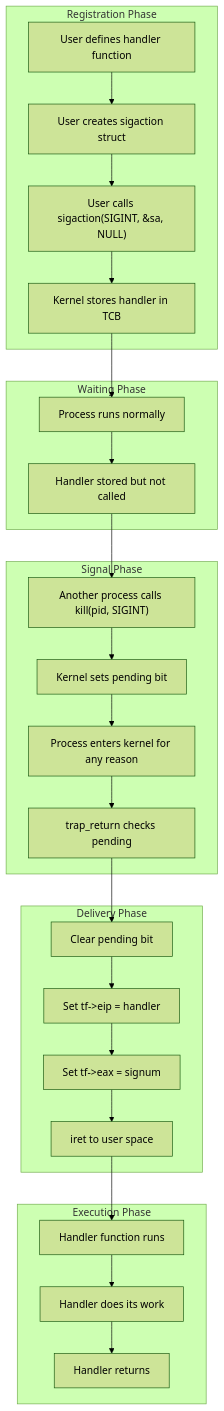
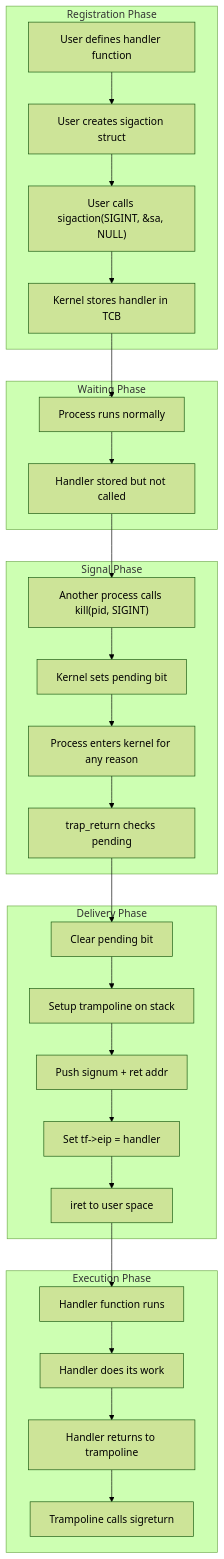
Before and after one commit to SillyCatto/OS_Project-Signal: the fifth of 5 diagrams in docs/04_signal_handlers.md, drawn with Mermaid (forest theme). The commit also changed other lines of this file and 9 other files, not shown here.

````diff
--- a/docs/04_signal_handlers.md
+++ b/docs/04_signal_handlers.md
@@ -509,40 +519,42 @@
 ```mermaid
 flowchart TB
     subgraph Setup["Registration Phase"]
         A1[User defines handler function]
         A2[User creates sigaction struct]
         A3["User calls sigaction(SIGINT, &sa, NULL)"]
         A4[Kernel stores handler in TCB]
     end
 
     subgraph Wait["Waiting Phase"]
         B1[Process runs normally]
         B2[Handler stored but not called]
     end
 
     subgraph Trigger["Signal Phase"]
         C1["Another process calls kill(pid, SIGINT)"]
         C2[Kernel sets pending bit]
         C3[Process enters kernel for any reason]
         C4[trap_return checks pending]
     end
 
     subgraph Deliver["Delivery Phase"]
         D1[Clear pending bit]
-        D2[Set tf->eip = handler]
-        D3[Set tf->eax = signum]
-        D4[iret to user space]
+        D2[Setup trampoline on stack]
+        D3[Push signum + ret addr]
+        D4[Set tf->eip = handler]
+        D5[iret to user space]
     end
 
     subgraph Execute["Execution Phase"]
         E1[Handler function runs]
         E2[Handler does its work]
-        E3[Handler returns]
+        E3[Handler returns to trampoline]
+        E4[Trampoline calls sigreturn]
     end
 
     A1 --> A2 --> A3 --> A4
     A4 --> B1 --> B2
     B2 --> C1 --> C2 --> C3 --> C4
-    C4 --> D1 --> D2 --> D3 --> D4
-    D4 --> E1 --> E2 --> E3
+    C4 --> D1 --> D2 --> D3 --> D4 --> D5
+    D5 --> E1 --> E2 --> E3 --> E4
 ```
````
